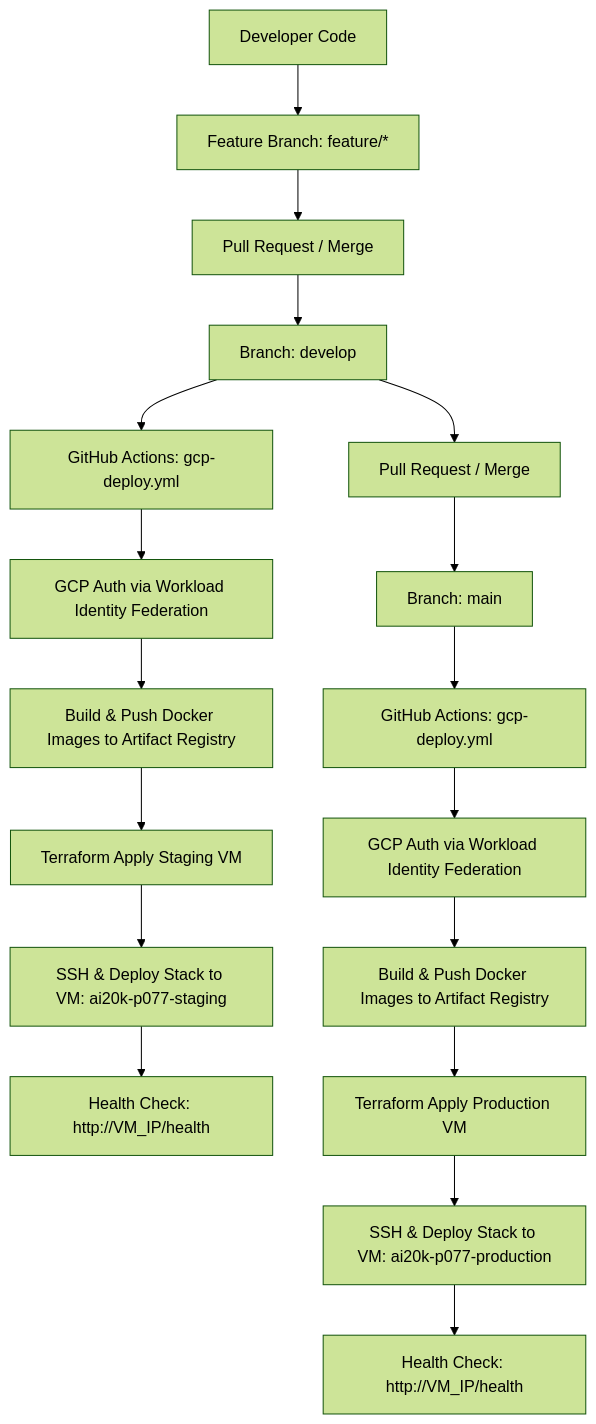
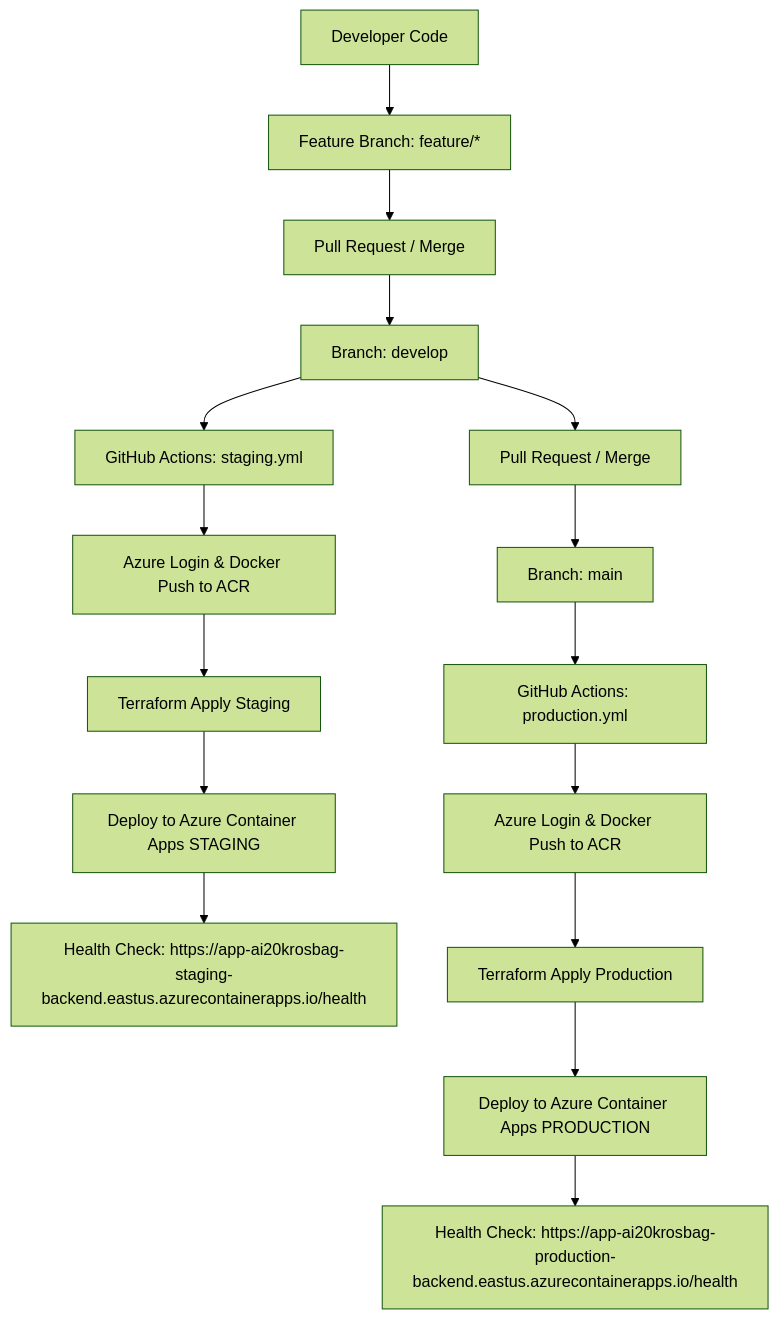
The diagram in README.md (TuanQuangV1/p077-backend), drawn with Mermaid (forest theme) before and after one commit. The commit also changed other lines of this file and 220 other files, not shown here.

````diff
--- a/README.md
+++ b/README.md
@@ -100,21 +100,19 @@
 ```mermaid
 graph TD
     DEV[Developer Code] --> FEATURE[Feature Branch: feature/*]
     FEATURE --> PR_DEV[Pull Request / Merge]
     PR_DEV --> BRANCH_DEV[Branch: develop]
-    BRANCH_DEV --> CI_STG[GitHub Actions: gcp-deploy.yml]
-    CI_STG --> GCP_AUTH_STG[GCP Auth via Workload Identity Federation]
-    GCP_AUTH_STG --> AR_STG[Build & Push Docker Images to Artifact Registry]
-    AR_STG --> TF_STG[Terraform Apply Staging VM]
-    TF_STG --> DEPLOY_STG[SSH & Deploy Stack to VM: ai20k-p077-staging]
-    DEPLOY_STG --> HEALTH_STG[Health Check: http://VM_IP/health]
+    BRANCH_DEV --> CI_STG[GitHub Actions: staging.yml]
+    CI_STG --> AZ_STG[Azure Login & Docker Push to ACR]
+    AZ_STG --> TF_STG[Terraform Apply Staging]
+    TF_STG --> DEPLOY_STG[Deploy to Azure Container Apps STAGING]
+    DEPLOY_STG --> HEALTH_STG[Health Check: https://app-ai20krosbag-staging-backend.eastus.azurecontainerapps.io/health]
 
     BRANCH_DEV --> PR_MAIN[Pull Request / Merge]
     PR_MAIN --> BRANCH_MAIN[Branch: main]
-    BRANCH_MAIN --> CI_PROD[GitHub Actions: gcp-deploy.yml]
-    CI_PROD --> GCP_AUTH_PROD[GCP Auth via Workload Identity Federation]
-    GCP_AUTH_PROD --> AR_PROD[Build & Push Docker Images to Artifact Registry]
-    AR_PROD --> TF_PROD[Terraform Apply Production VM]
-    TF_PROD --> DEPLOY_PROD[SSH & Deploy Stack to VM: ai20k-p077-production]
-    DEPLOY_PROD --> HEALTH_PROD[Health Check: http://VM_IP/health]
+    BRANCH_MAIN --> CI_PROD[GitHub Actions: production.yml]
+    CI_PROD --> AZ_PROD[Azure Login & Docker Push to ACR]
+    AZ_PROD --> TF_PROD[Terraform Apply Production]
+    TF_PROD --> DEPLOY_PROD[Deploy to Azure Container Apps PRODUCTION]
+    DEPLOY_PROD --> HEALTH_PROD[Health Check: https://app-ai20krosbag-production-backend.eastus.azurecontainerapps.io/health]
 ```
````
